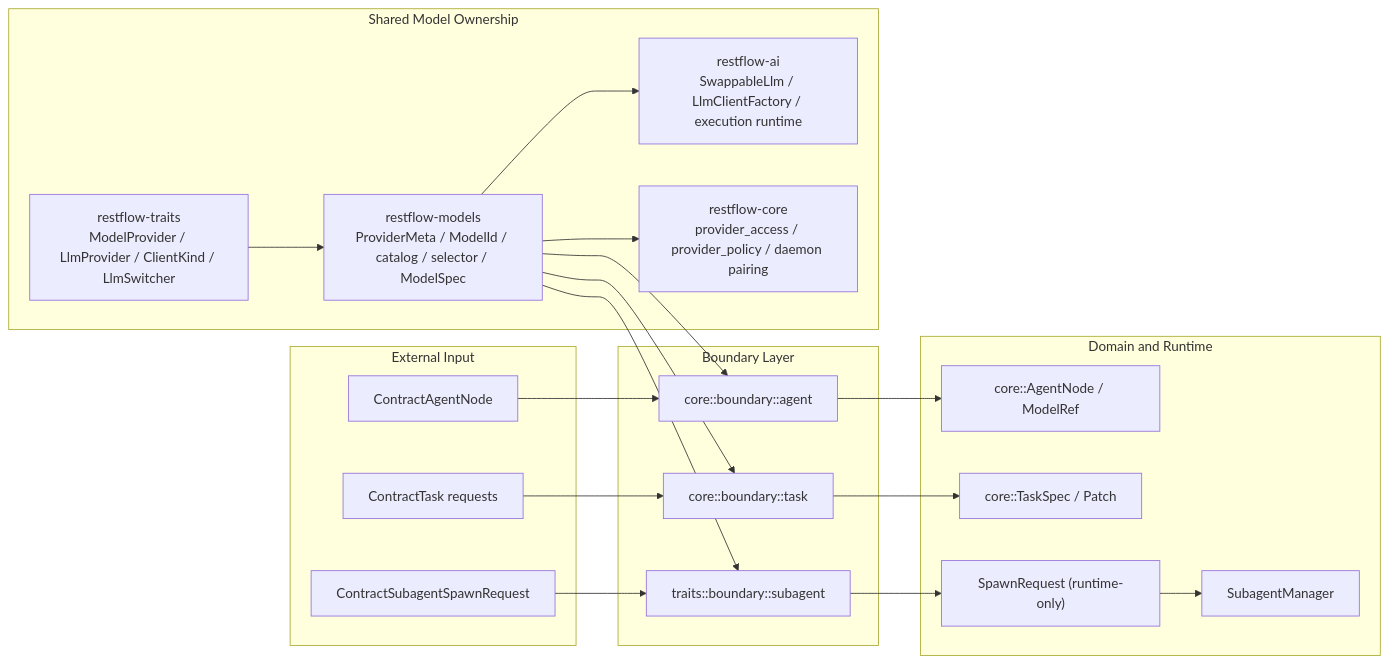
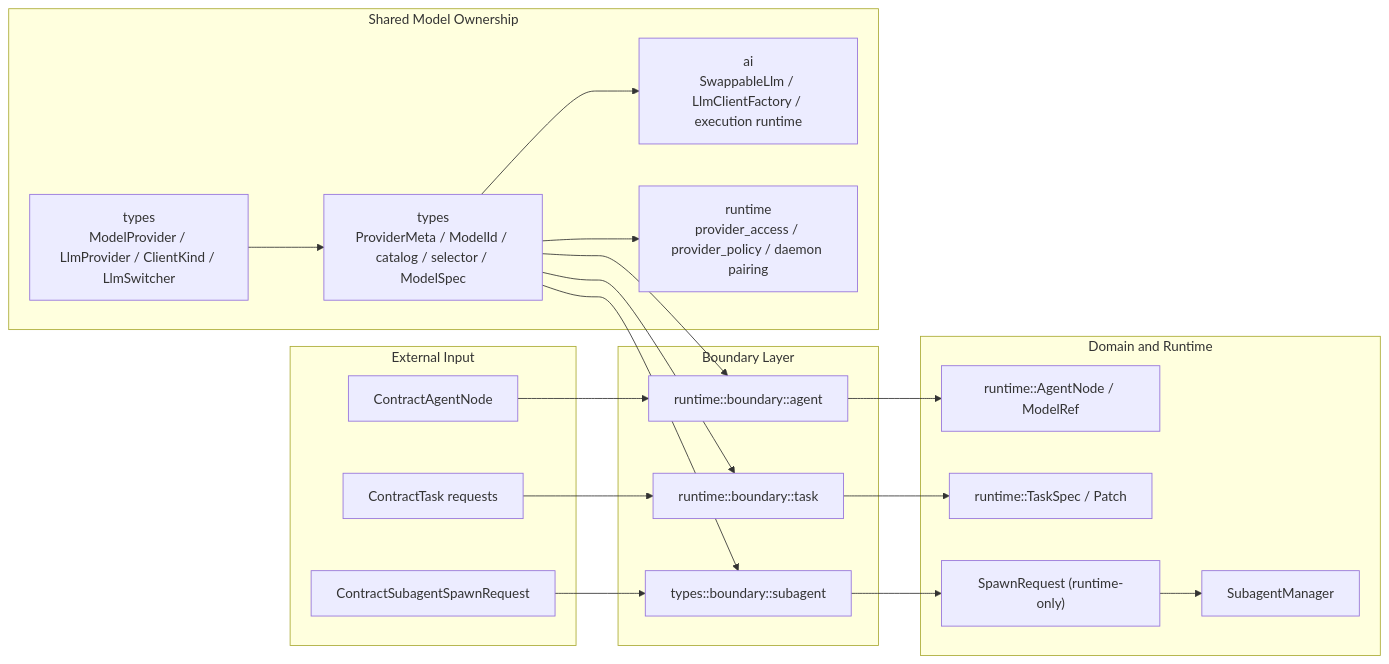
Before and after one commit to lhwzds/restflow: the fourth of 4 diagrams in SYSTEM_ARCHITECTURE.md, drawn with Mermaid. The commit also changed other lines of this file and 814 other files, not shown here.

````diff
--- a/SYSTEM_ARCHITECTURE.md
+++ b/SYSTEM_ARCHITECTURE.md
@@ -225,39 +220,39 @@
 ```mermaid
 flowchart LR
     subgraph INPUT["External Input"]
         A["ContractAgentNode"]
         B["ContractTask requests"]
         C["ContractSubagentSpawnRequest"]
     end
 
     subgraph BOUNDARY["Boundary Layer"]
-        BA["core::boundary::agent"]
-        BB["core::boundary::task"]
-        BS["traits::boundary::subagent"]
+        BA["runtime::boundary::agent"]
+        BB["runtime::boundary::task"]
+        BS["types::boundary::subagent"]
     end
 
     subgraph DOMAIN["Domain and Runtime"]
-        DA["core::AgentNode / ModelRef"]
-        DB["core::TaskSpec / Patch"]
+        DA["runtime::AgentNode / ModelRef"]
+        DB["runtime::TaskSpec / Patch"]
         SR["SpawnRequest (runtime-only)"]
         SM["SubagentManager"]
     end
 
     subgraph MODELS["Shared Model Ownership"]
-        T["restflow-traits\nModelProvider / LlmProvider / ClientKind / LlmSwitcher"]
-        M["restflow-models\nProviderMeta / ModelId / catalog / selector / ModelSpec"]
-        AI["restflow-ai\nSwappableLlm / LlmClientFactory / execution runtime"]
-        C0["restflow-core\nprovider_access / provider_policy / daemon pairing"]
+        T["types\nModelProvider / LlmProvider / ClientKind / LlmSwitcher"]
+        M["types\nProviderMeta / ModelId / catalog / selector / ModelSpec"]
+        AI["ai\nSwappableLlm / LlmClientFactory / execution runtime"]
+        C0["runtime\nprovider_access / provider_policy / daemon pairing"]
     end
 
     A --> BA --> DA
     B --> BB --> DB
     C --> BS --> SR --> SM
 
     T --> M
     M --> BA
     M --> BB
     M --> BS
     M --> AI
     M --> C0
 ```
````
